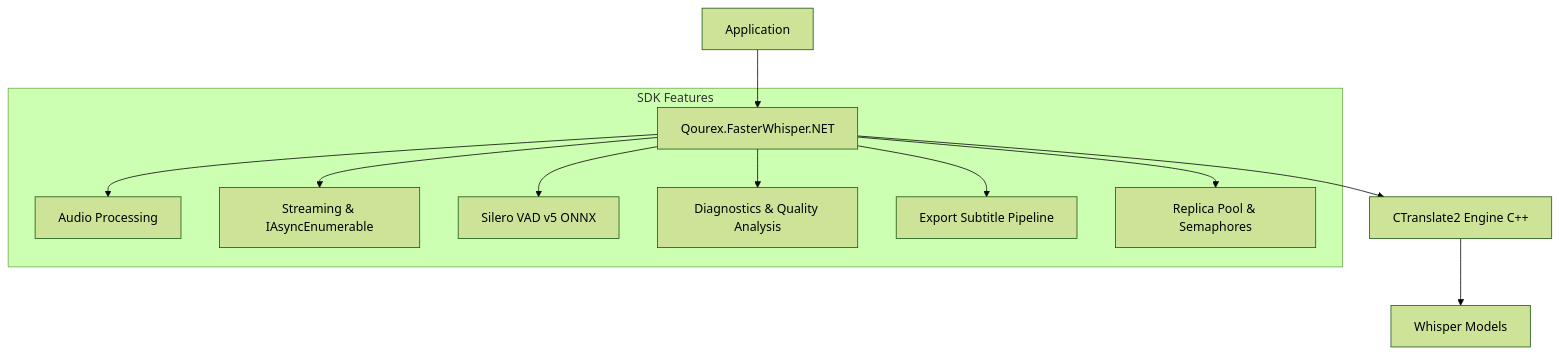
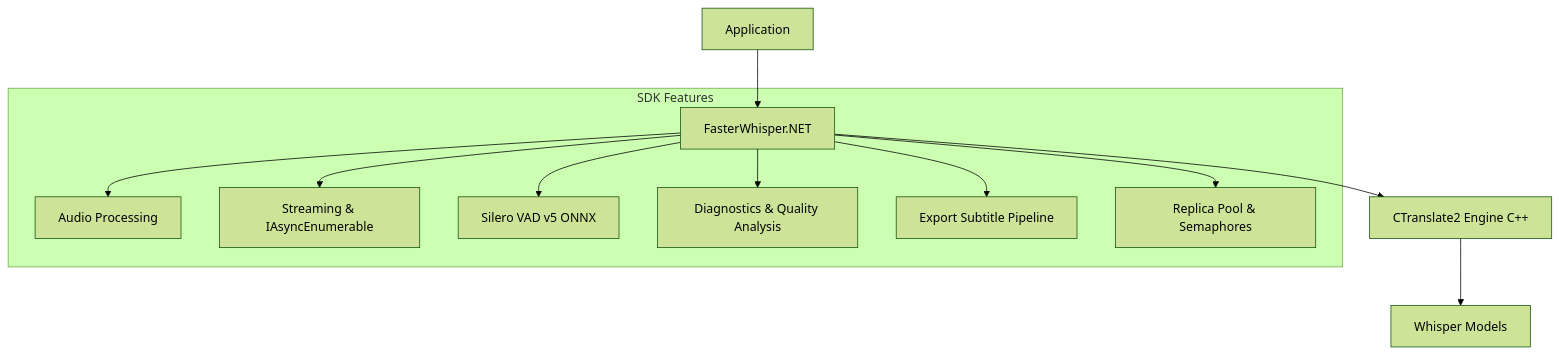
Before and after one commit to qourex/FasterWhisper.NET: the diagram in README.md, drawn with Mermaid (forest theme). The commit also changed other lines of this file and 9 other files, not shown here.

Commit message:
build: rename NuGet packages and user-facing docs to FasterWhisper.NET and FasterWhisper.NET.Gpu

````diff
--- a/README.md
+++ b/README.md
@@ -93,14 +93,14 @@
 ```mermaid
 graph TD
-    App[Application] --> SDK[Qourex.FasterWhisper.NET]
+    App[Application] --> SDK[FasterWhisper.NET]
     subgraph SDK Features
         SDK --> Audio[Audio Processing]
         SDK --> Stream[Streaming & IAsyncEnumerable]
         SDK --> VAD[Silero VAD v5 ONNX]
         SDK --> Diag[Diagnostics & Quality Analysis]
         SDK --> Export[Export Subtitle Pipeline]
         SDK --> Pool[Replica Pool & Semaphores]
     end
     SDK --> CT2[CTranslate2 Engine C++]
     CT2 --> Models[Whisper Models]
 ```
````
